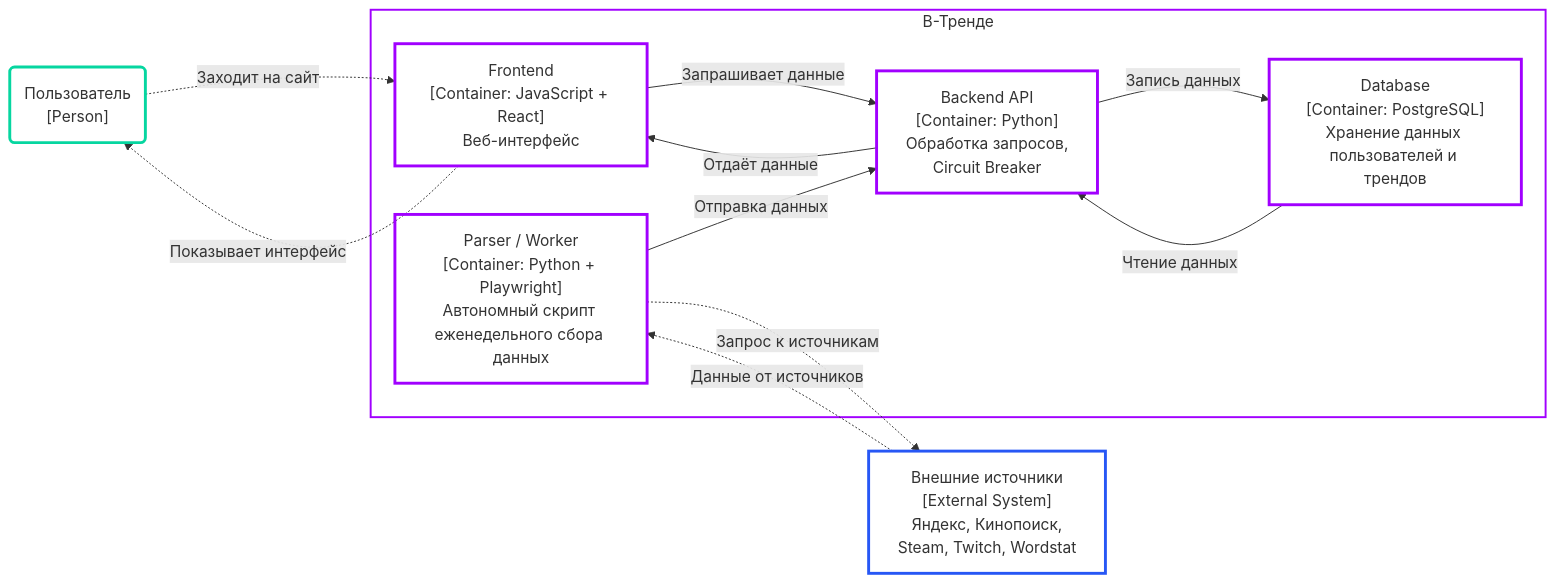
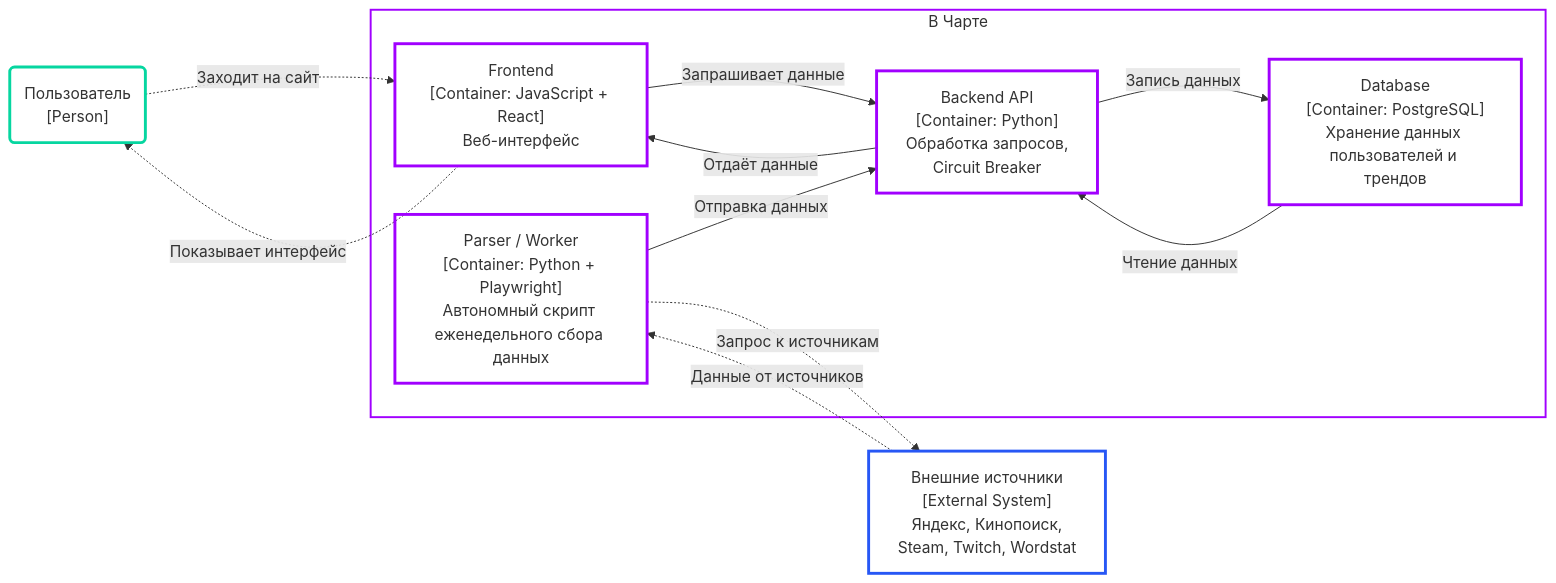
The second of 4 diagrams in README.md (HorekProgrammer/V-Trende), drawn with Mermaid before and after one commit. The commit also changed other lines of this file and 23 other files, not shown here.

Commit message:
Rename site to V Charte

````diff
--- a/README.md
+++ b/README.md
@@ -115,35 +115,35 @@
 ```mermaid
 graph LR
     User("Пользователь<br/>[Person]")
 
-    subgraph VTrende["В-Тренде"]
+    subgraph VCharte["В Чарте"]
         Frontend["Frontend<br/>[Container: JavaScript + React]<br/>Веб-интерфейс"]
 
         Parser["Parser / Worker<br/>[Container: Python + Playwright]<br/>Автономный скрипт еженедельного сбора данных"]
 
         Backend["Backend API<br/>[Container: Python]<br/>Обработка запросов,<br/>Circuit Breaker"]
 
         DB["Database<br/>[Container: PostgreSQL]<br/>Хранение данных пользователей и трендов"]
     end
 
     External["Внешние источники<br/>[External System]<br/>Яндекс, Кинопоиск,<br/>Steam, Twitch, Wordstat"]
 
     User -.->|Заходит на сайт| Frontend
     Frontend -->|Запрашивает данные| Backend
     Backend -->|Отдаёт данные| Frontend
     DB -->|Чтение данных| Backend
     Parser -->|Отправка данных| Backend
     Backend -->|Запись данных| DB
     Parser -.->|Запрос к источникам| External
     External -.->|Данные от источников| Parser
     Frontend -.->|Показывает интерфейс| User
 
     style User fill:none,stroke:#06d6a0,stroke-width:3px
     style Frontend fill:none,stroke:#A100FF,stroke-width:3px
     style Backend fill:none,stroke:#A100FF,stroke-width:3px
     style Parser fill:none,stroke:#A100FF,stroke-width:3px
     style DB fill:none,stroke:#A100FF,stroke-width:3px
     style External fill:none,stroke:#2757F5,stroke-width:3px
-    style VTrende fill:none,stroke:#A100FF,stroke-width:2px
+    style VCharte fill:none,stroke:#A100FF,stroke-width:2px
 
 ```
````
